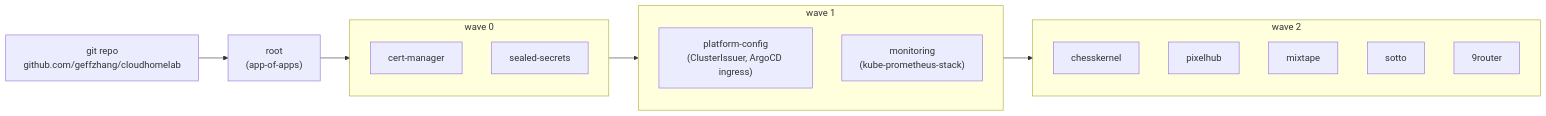
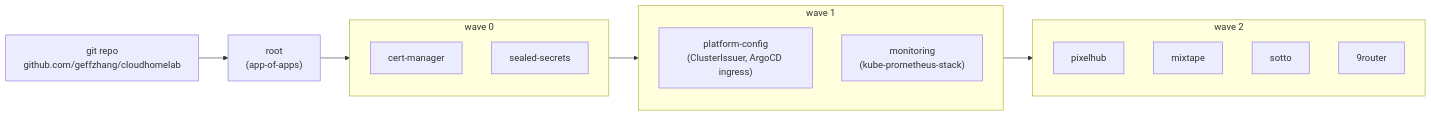
Before and after one commit to geffzhang/cloudhomelab: the second of 4 diagrams in docs/architecture/overview.md, drawn with Mermaid. The commit also changed other lines of this file and 18 other files, not shown here.

````diff
--- a/docs/architecture/overview.md
+++ b/docs/architecture/overview.md
@@ -73,25 +63,24 @@
 ```mermaid
 graph LR
     Git["git repo<br/>github.com/geffzhang/cloudhomelab"]
     Root["root<br/>(app-of-apps)"]
 
     Git --> Root
 
     subgraph w0["wave 0"]
         CM["cert-manager"]
         SS["sealed-secrets"]
     end
     subgraph w1["wave 1"]
         PC["platform-config<br/>(ClusterIssuer, ArgoCD ingress)"]
         MON["monitoring<br/>(kube-prometheus-stack)"]
     end
     subgraph w2["wave 2"]
-        CK["chesskernel"]
         PH["pixelhub"]
         MIX["mixtape"]
         SOT["sotto"]
         R9R["9router"]
     end
 
     Root --> w0 --> w1 --> w2
 ```
````
